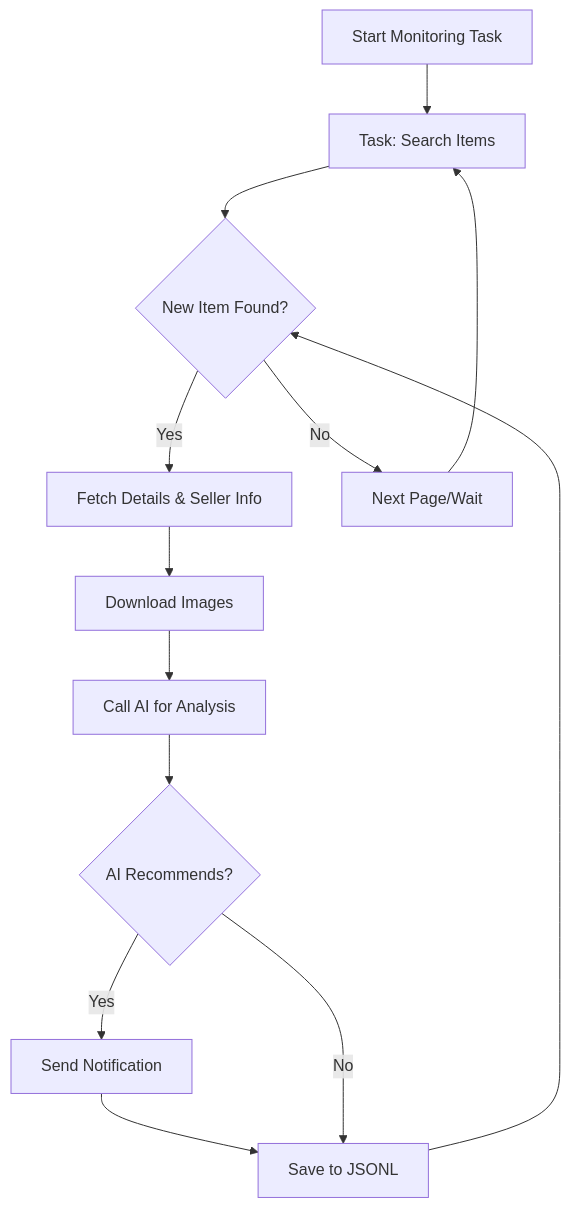
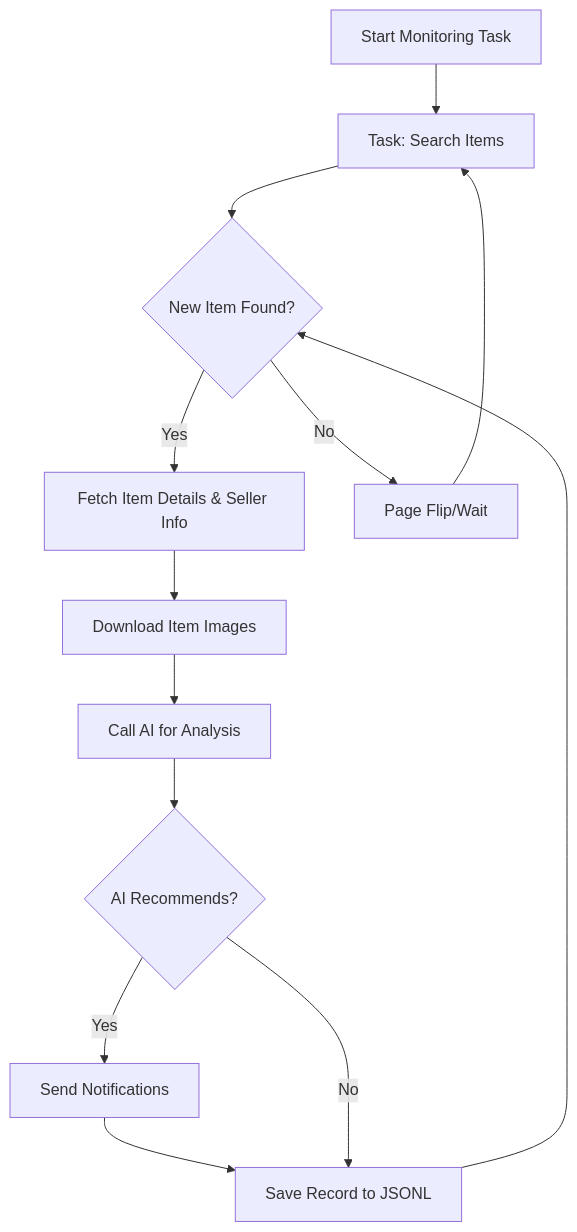
Before and after one commit to saurav-z/repo-docs: the diagram in docs/dingyufei615-ai-goofish-monitor.md, drawn with Mermaid. The commit also changed other lines of this file and 208 other files, not shown here.

````diff
--- a/docs/dingyufei615-ai-goofish-monitor.md
+++ b/docs/dingyufei615-ai-goofish-monitor.md
@@ -154,15 +193,15 @@
 ```mermaid
 graph TD
     A[Start Monitoring Task] --> B[Task: Search Items];
     B --> C{New Item Found?};
-    C -- Yes --> D[Fetch Details & Seller Info];
-    D --> E[Download Images];
+    C -- Yes --> D[Fetch Item Details & Seller Info];
+    D --> E[Download Item Images];
     E --> F[Call AI for Analysis];
     F --> G{AI Recommends?};
-    G -- Yes --> H[Send Notification];
-    H --> I[Save to JSONL];
+    G -- Yes --> H[Send Notifications];
+    H --> I[Save Record to JSONL];
     G -- No --> I;
-    C -- No --> J[Next Page/Wait];
+    C -- No --> J[Page Flip/Wait];
     J --> B;
     I --> C;
 ```
````
